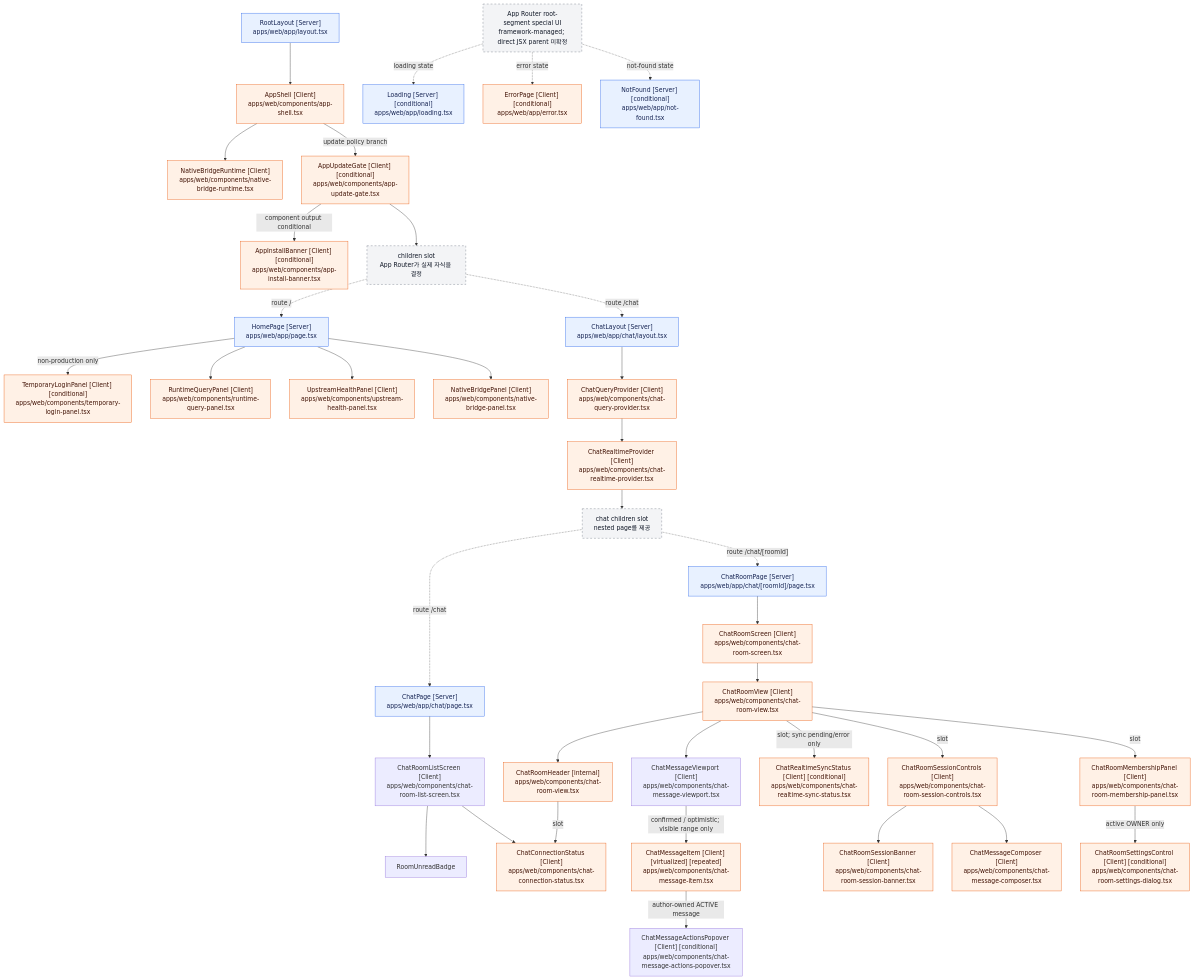
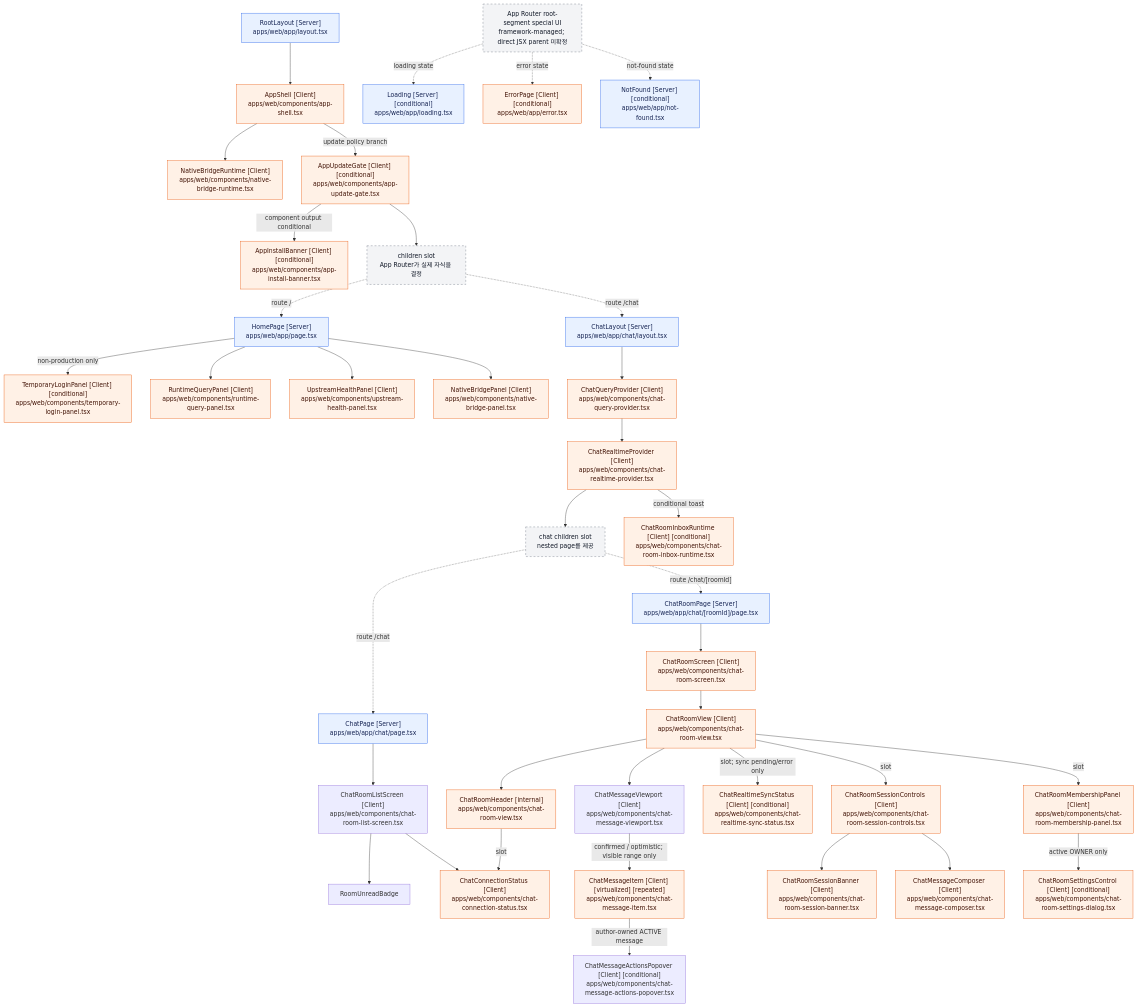
One commit to mokpombc17-coder/CIVIC-AI changed the diagram in docs/architecture/react-component-tree.md. Above: the diagram before and after it, drawn with Mermaid. The commit also changed other lines of this file and 22 other files, not shown here.

Commit message:
feat(web): integrate room inbox realtime events

````diff
--- a/docs/architecture/react-component-tree.md
+++ b/docs/architecture/react-component-tree.md
@@ -131,6 +135,7 @@
     ChatLayout["ChatLayout [Server]<br/>apps/web/app/chat/layout.tsx"]
     ChatQueryProvider["ChatQueryProvider [Client]<br/>apps/web/components/chat-query-provider.tsx"]
     ChatRealtimeProvider["ChatRealtimeProvider [Client]<br/>apps/web/components/chat-realtime-provider.tsx"]
+    ChatRoomInboxRuntime["ChatRoomInboxRuntime [Client] [conditional]<br/>apps/web/components/chat-room-inbox-runtime.tsx"]
     ChatChildrenSlot["chat children slot<br/>nested page를 제공"]
     ChatPage["ChatPage [Server]<br/>apps/web/app/chat/page.tsx"]
     ChatRoomListScreen["ChatRoomListScreen [Client]<br/>apps/web/components/chat-room-list-screen.tsx"]
@@ -170,6 +175,7 @@
     ChatLayout --> ChatQueryProvider
     ChatQueryProvider --> ChatRealtimeProvider
     ChatRealtimeProvider --> ChatChildrenSlot
+    ChatRealtimeProvider -->|"conditional toast"| ChatRoomInboxRuntime
     ChatChildrenSlot -. "route /chat" .-> ChatPage
     ChatChildrenSlot -. "route /chat/[roomId]" .-> ChatRoomPage
     ChatPage --> ChatRoomListScreen
@@ -198,6 +204,6 @@
     classDef framework fill:#f3f4f6,stroke:#6b7280,color:#111827,stroke-dasharray:5 5;
 
     class RootLayout,HomePage,ChatLayout,ChatPage,ChatRoomPage,Loading,NotFound server;
-    class AppShell,NativeBridgeRuntime,AppUpdateGate,AppInstallBanner,TemporaryLoginPanel,RuntimeQueryPanel,UpstreamHealthPanel,NativeBridgePanel,ChatQueryProvider,ChatRealtimeProvider,ChatRoomScreen,ChatRoomView,ChatRoomHeader,ChatMessageHistory,ChatMessageList,ChatMessageItem,ChatConnectionStatus,ChatRealtimeSyncStatus,ChatRoomSessionControls,ChatRoomSessionBanner,ChatMessageComposer,ChatRoomMembershipPanel,ChatRoomSettingsControl,ErrorPage client;
+    class AppShell,NativeBridgeRuntime,AppUpdateGate,AppInstallBanner,TemporaryLoginPanel,RuntimeQueryPanel,UpstreamHealthPanel,NativeBridgePanel,ChatQueryProvider,ChatRealtimeProvider,ChatRoomInboxRuntime,ChatRoomScreen,ChatRoomView,ChatRoomHeader,ChatMessageHistory,ChatMessageList,ChatMessageItem,ChatConnectionStatus,ChatRealtimeSyncStatus,ChatRoomSessionControls,ChatRoomSessionBanner,ChatMessageComposer,ChatRoomMembershipPanel,ChatRoomSettingsControl,ErrorPage client;
     class ChildrenSlot,ChatChildrenSlot,SpecialBoundary framework;
 ```
````
